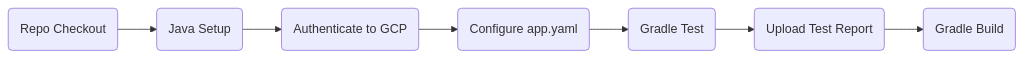
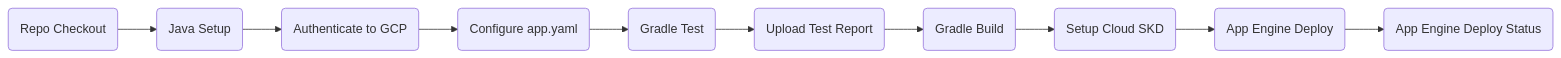
One commit to exosolarplanet/123-ASP-BornIn changed the second of 2 diagrams in README.md. Above: the diagram before and after it, drawn with Mermaid.

````diff
--- a/README.md
+++ b/README.md
@@ -54,4 +54,4 @@
 ```mermaid
 flowchart LR
-    id1(Repo Checkout) --> id2(Java Setup) --> id3(Authenticate to GCP) --> id4(Configure app.yaml) --> id5(Gradle Test) --> id6(Upload Test Report) --> id7(Gradle Build)
+    id1(Repo Checkout) --> id2(Java Setup) --> id3(Authenticate to GCP) --> id4(Configure app.yaml) --> id5(Gradle Test) --> id6(Upload Test Report) --> id7(Gradle Build) --> id8(Setup Cloud SKD) --> id9(App Engine Deploy) --> id10(App Engine Deploy Status)
 ```
````
